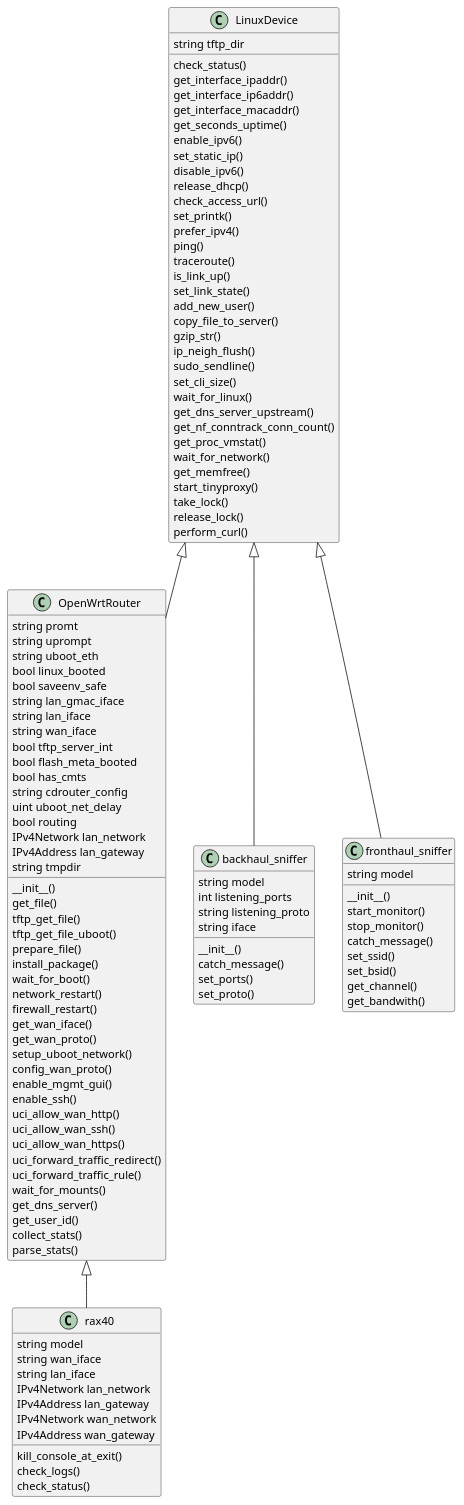
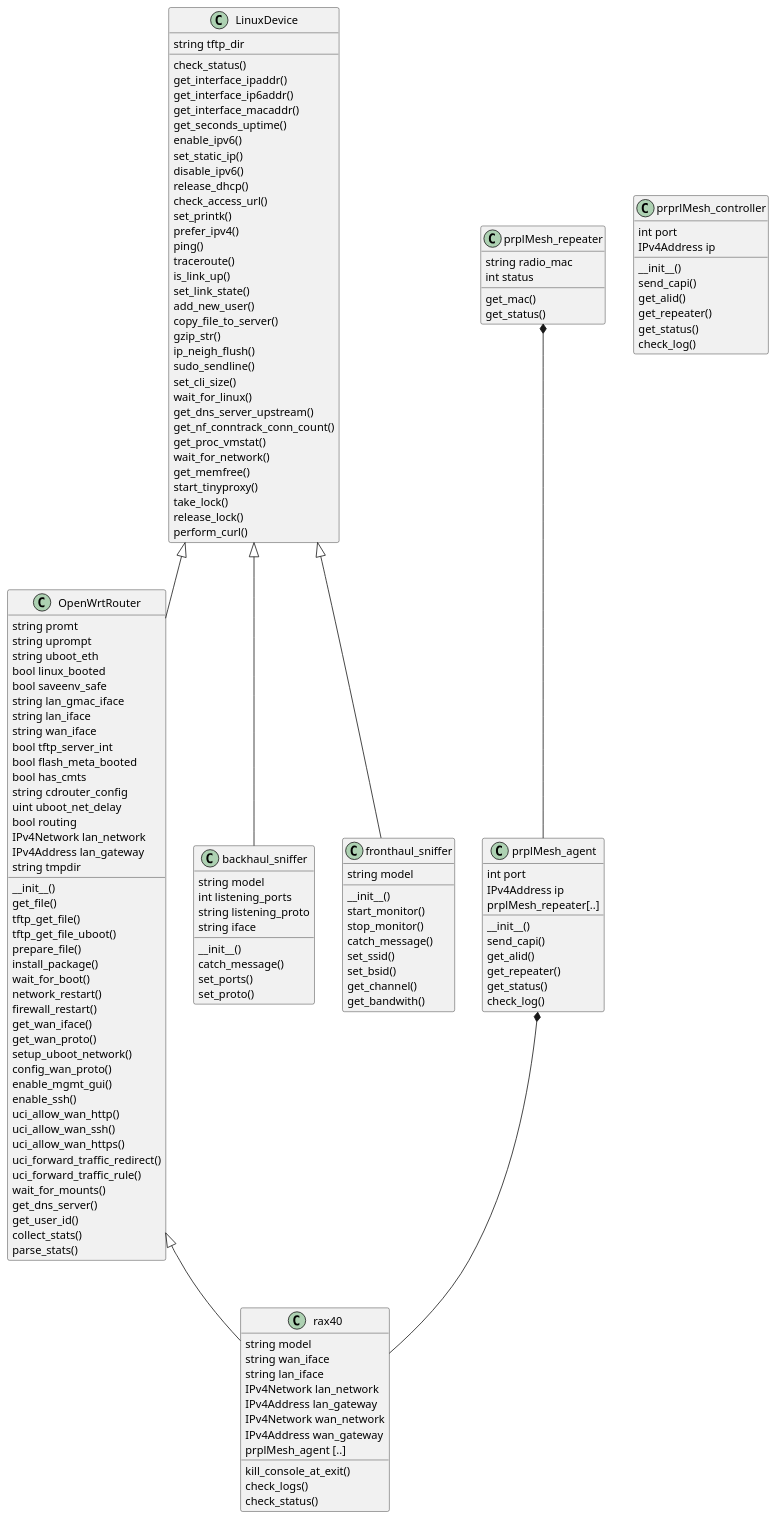
Before and after one commit to devalore/prplMesh: the diagram in documentation/images/plantuml/boardfarm_prplMesh_classes.puml, drawn with PlantUML.

Commit message:
documentation: boardfarm_prplMesh_classes: add prplMesh entities
Add prplMesh controller, agent, repeater classes and relations between
them.

```diff
--- a/documentation/images/plantuml/boardfarm_prplMesh_classes.puml
+++ b/documentation/images/plantuml/boardfarm_prplMesh_classes.puml
@@ -1,129 +1,166 @@
 @startuml
 class LinuxDevice {
 	string tftp_dir
 
 	check_status()
 	get_interface_ipaddr()
 	get_interface_ip6addr()
 	get_interface_macaddr()
 	get_seconds_uptime()
 	enable_ipv6()
 	set_static_ip()
 	disable_ipv6()
 	release_dhcp()
 	check_access_url()
 	set_printk()
 	prefer_ipv4()
 	ping()
 	traceroute()
 	is_link_up()
 	set_link_state()
 	add_new_user()
 	copy_file_to_server()
 	 gzip_str()
 	ip_neigh_flush()
 	sudo_sendline()
 	set_cli_size()
 	wait_for_linux()
 	get_dns_server_upstream()
 	get_nf_conntrack_conn_count()
 	get_proc_vmstat()
 	wait_for_network()
 	get_memfree()
 	start_tinyproxy()
 	take_lock()
 	release_lock()
 	perform_curl()
 }
 
 class OpenWrtRouter {
 	string promt
 	string uprompt
 	string uboot_eth
 	bool linux_booted
 	bool saveenv_safe
 	string lan_gmac_iface
 	string lan_iface
 	string wan_iface
 	bool tftp_server_int
 	bool flash_meta_booted
 	bool has_cmts
 	string cdrouter_config
 	uint uboot_net_delay
 	bool routing
 	IPv4Network lan_network
 	IPv4Address lan_gateway
 	string tmpdir
 
 	__init__()
 	get_file()
 	tftp_get_file()
 	tftp_get_file_uboot()
 	prepare_file()
 	install_package()
 	wait_for_boot()
 	network_restart()
 	firewall_restart()
 	get_wan_iface()
 	get_wan_proto()
 	setup_uboot_network()
 	config_wan_proto()
 	enable_mgmt_gui()
 	enable_ssh()
 	uci_allow_wan_http()
 	uci_allow_wan_ssh()
 	uci_allow_wan_https()
 	uci_forward_traffic_redirect()
 	uci_forward_traffic_rule()
 	wait_for_mounts()
 	get_dns_server()
 	get_user_id()
 	collect_stats()
 	parse_stats()
 }
 
 class rax40 {
 	string model
 	string wan_iface
 	string lan_iface
 	IPv4Network lan_network
 	IPv4Address lan_gateway
 	IPv4Network wan_network
 	IPv4Address wan_gateway
+    prplMesh_agent [..]
 
 	kill_console_at_exit()
 	check_logs()
 	check_status()
 }
 
 class backhaul_sniffer {
     string model
     int listening_ports
     string listening_proto
     string iface
     
     __init__()
     catch_message()
     set_ports()
     set_proto()
 }
 
 class fronthaul_sniffer {
     string model
 
     __init__()
     start_monitor()
     stop_monitor()
     catch_message()
     set_ssid()
     set_bsid()
     get_channel()
     get_bandwith()
 }
 
+class prplMesh_agent {
+    int port
+    IPv4Address ip
+    prplMesh_repeater[..]
+
+    __init__()
+    send_capi()
+    get_alid()
+    get_repeater()
+    get_status()
+    check_log()
+}
+
+class prplMesh_repeater {
+    string radio_mac
+    int status
+
+    get_mac()
+    get_status()
+}
+
+class prprlMesh_controller {
+    int port
+    IPv4Address ip
+
+    
+    __init__()
+    send_capi()
+    get_alid()
+    get_repeater()
+    get_status()
+    check_log()
+}
+
 OpenWrtRouter <|-- rax40
+prplMesh_agent *-- rax40
+prplMesh_repeater *-- prplMesh_agent
 LinuxDevice <|-- OpenWrtRouter
 LinuxDevice <|-- backhaul_sniffer
 LinuxDevice <|-- fronthaul_sniffer
 
 @enduml
```
